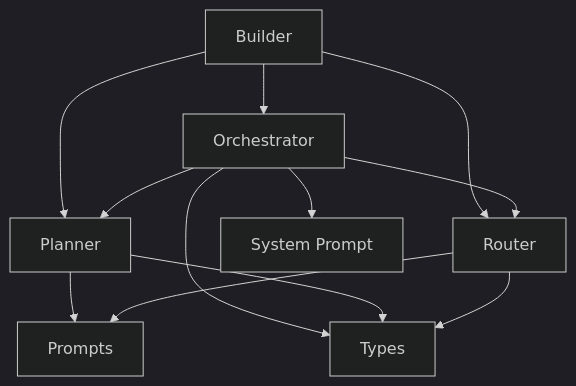
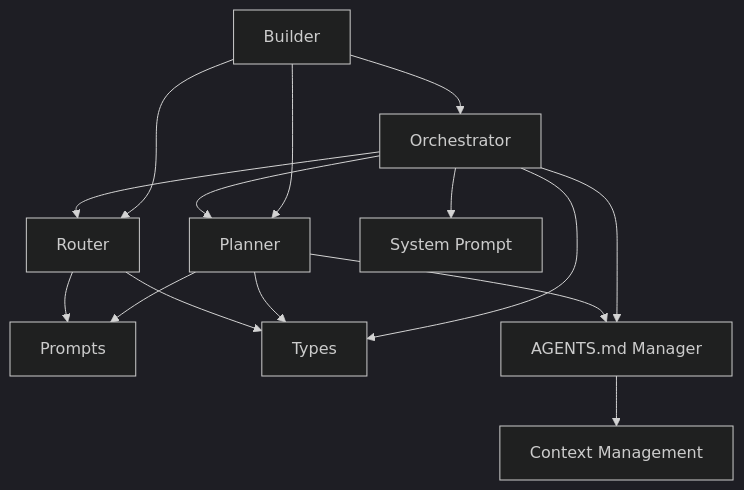
The tenth of 10 diagrams in .qoder/repowiki/en/content/Core AI Engine/Planner System.md (v0lka/c0wrk), drawn with Mermaid (dark theme) before and after one commit. The commit also changed other lines of this file and 80 other files, not shown here.

````diff
--- a/.qoder/repowiki/en/content/Core AI Engine/Planner System.md
+++ b/.qoder/repowiki/en/content/Core AI Engine/Planner System.md
@@ -364,14 +452,17 @@
 ```mermaid
 graph TB
 Builder["Builder"] --> Orchestrator["Orchestrator"]
 Builder --> Planner["Planner"]
 Builder --> Router["Router"]
 Orchestrator --> Planner
 Orchestrator --> Router
 Planner --> Prompts["Prompts"]
 Router --> Prompts
 Orchestrator --> Types["Types"]
 Planner --> Types
 Router --> Types
 Orchestrator --> SystemPrompt["System Prompt"]
+Orchestrator --> AgentsMD["AGENTS.md Manager"]
+Planner --> AgentsMD
+AgentsMD --> Context["Context Management"]
 ```
````
